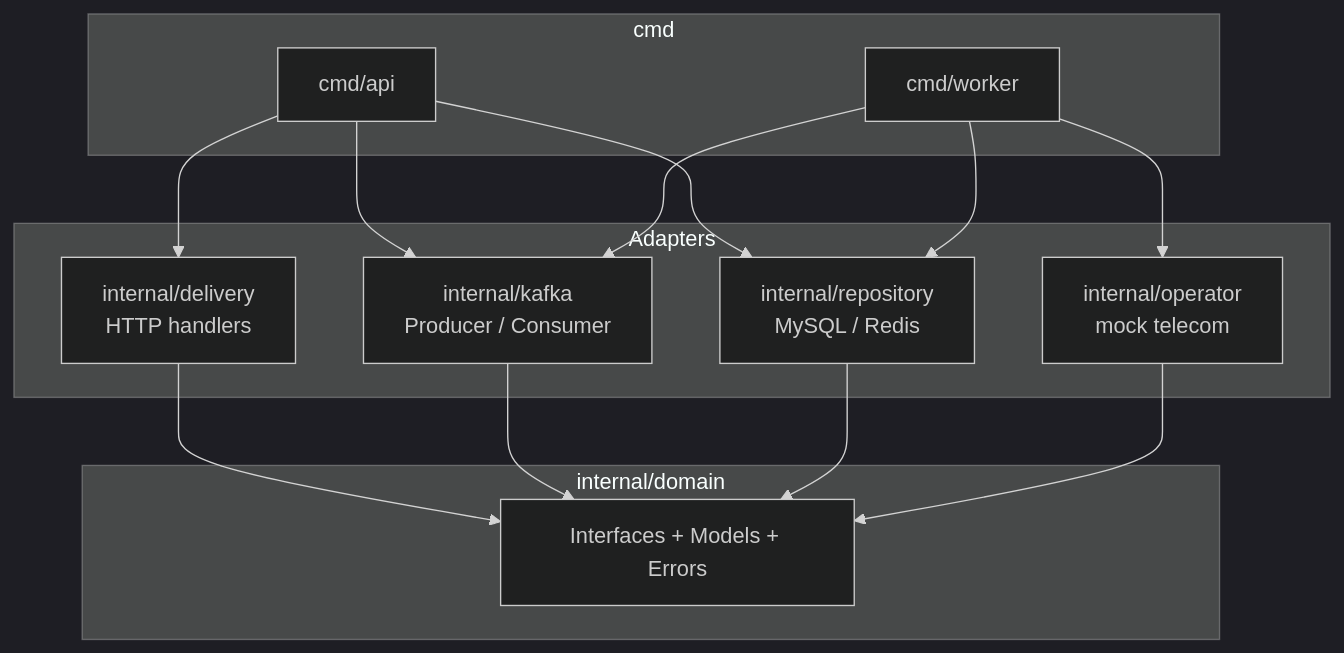
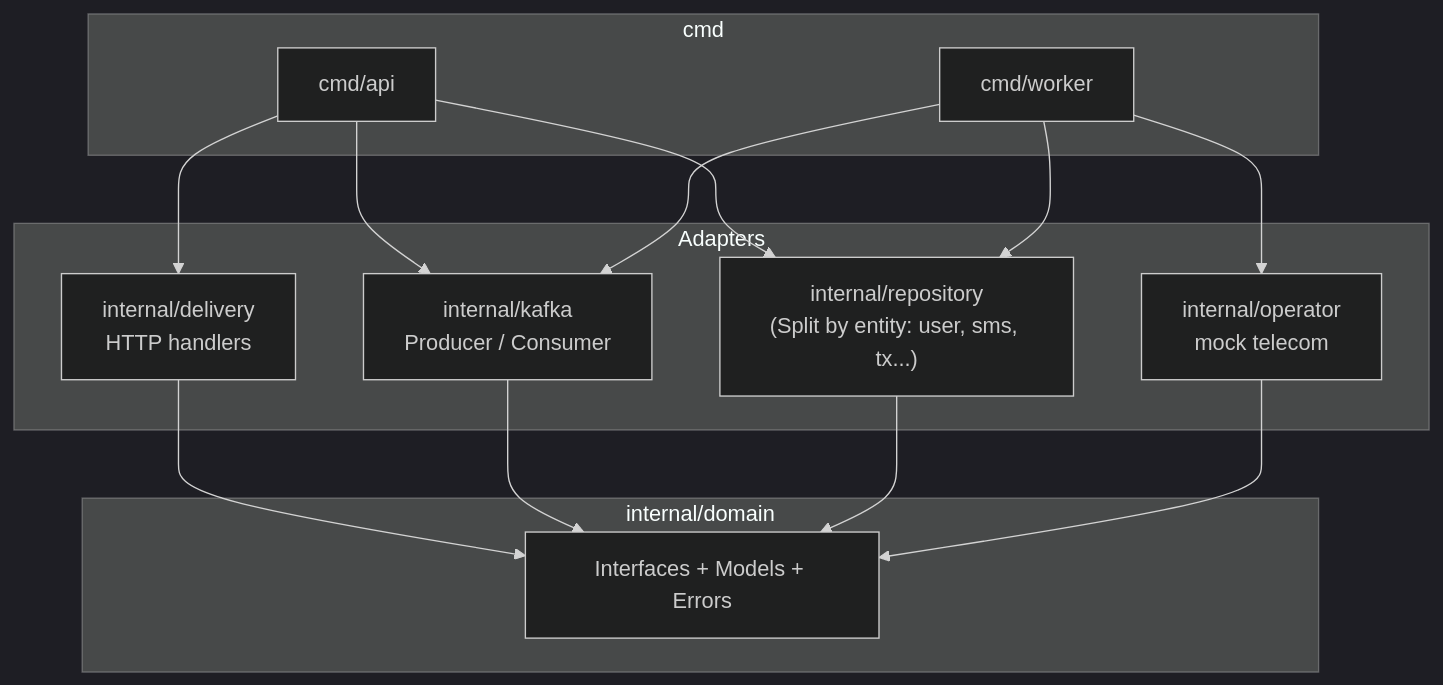
The second of 5 diagrams in ARCHITECTURE.md (kamyargerami/sms-gateway), drawn with Mermaid (dark theme) before and after one commit. The commit also changed other lines of this file, not shown here.

Commit message:
add paginate to doc

````diff
--- a/ARCHITECTURE.md
+++ b/ARCHITECTURE.md
@@ -77,26 +77,26 @@
 ```mermaid
 flowchart TB
     subgraph cmd
         A["cmd/api"]
         W["cmd/worker"]
     end
     subgraph internal_domain ["internal/domain"]
         I["Interfaces + Models + Errors"]
     end
     subgraph adapters ["Adapters"]
         D["internal/delivery<br/>HTTP handlers"]
         K["internal/kafka<br/>Producer / Consumer"]
-        R["internal/repository<br/>MySQL / Redis"]
+        R["internal/repository<br/>(Split by entity: user, sms, tx...)"]
         O["internal/operator<br/>mock telecom"]
     end
     A --> D
     A --> K
     A --> R
     W --> K
     W --> R
     W --> O
     D --> I
     K --> I
     R --> I
     O --> I
 ```
````
